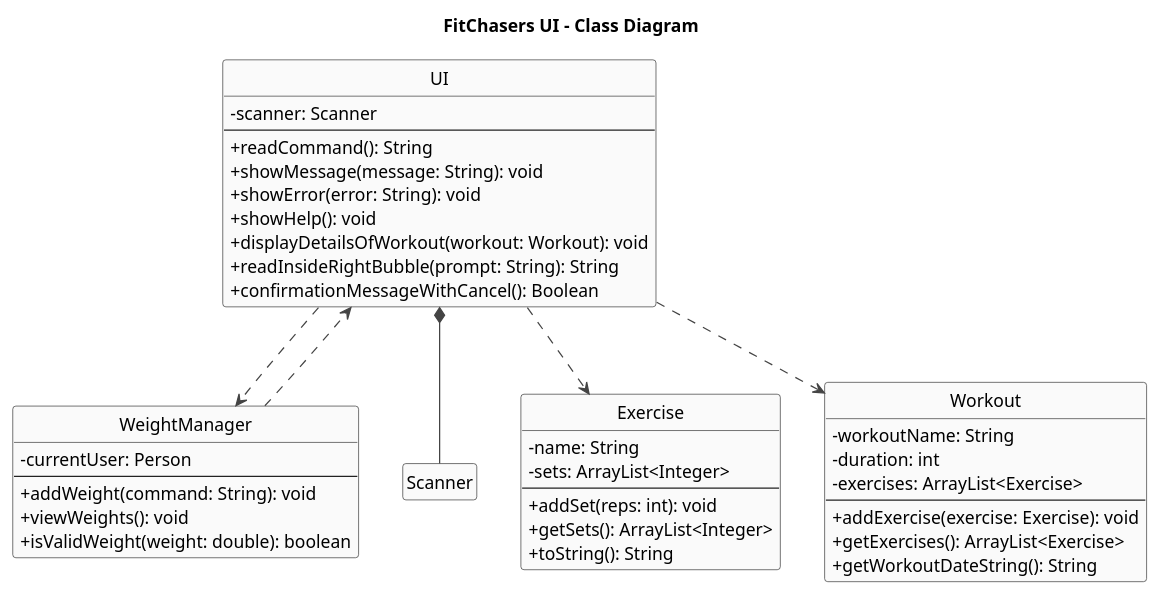
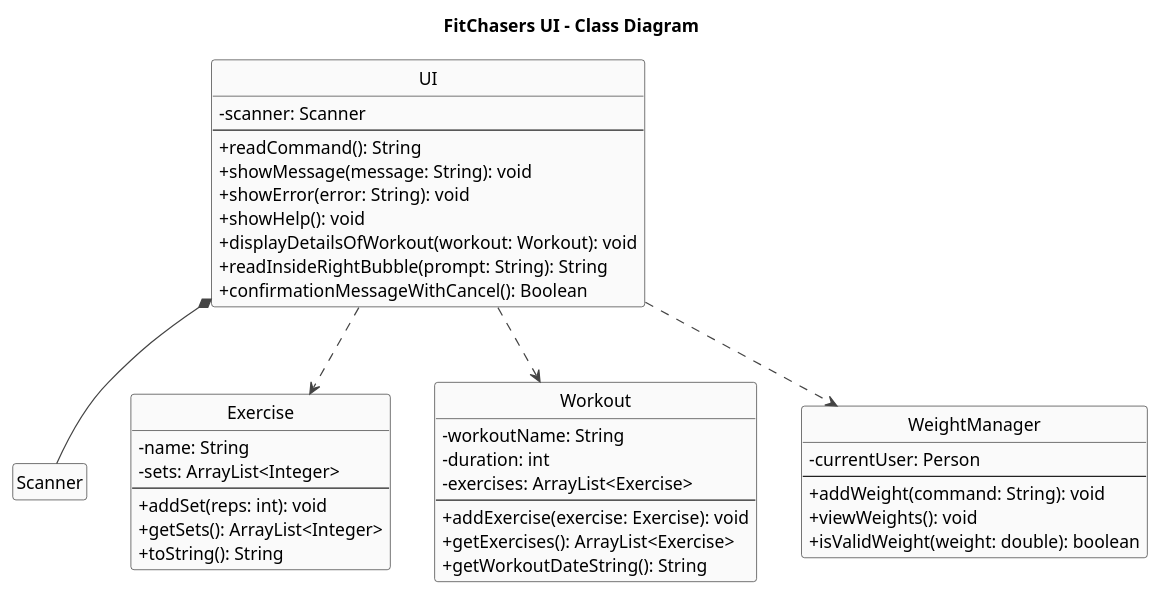
Before and after one commit to Exceptional-Khoi/tp: the diagram in docs/diagrams/UI_class_diagram.puml, drawn with PlantUML. The commit also changed 1 other file, not shown here.

Commit message:
Add object diagram

```diff
--- a/docs/diagrams/UI_class_diagram.puml
+++ b/docs/diagrams/UI_class_diagram.puml
@@ -1,67 +1,65 @@
 @startuml
 title FitChasers UI - Class Diagram
 
 skinparam shadowing false
 skinparam classAttributeIconSize 0
 skinparam ArrowColor #444
 skinparam ClassBorderColor #222
 skinparam ClassBackgroundColor #FAFAFA
 skinparam NoteBackgroundColor #fff
 skinparam NoteBorderColor #aaa
 skinparam stereotypeFontStyle bold
 hide empty fields
 hide empty methods
 hide circle
 
 ' ===== Types used by UI =====
 class Scanner
 
 class Exercise {
 - name: String
 - sets: ArrayList<Integer>
 --
 + addSet(reps: int): void
 + getSets(): ArrayList<Integer>
 + toString(): String
 }
 
 class Workout {
 - workoutName: String
 - duration: int
 - exercises: ArrayList<Exercise>
 --
 + addExercise(exercise: Exercise): void
 + getExercises(): ArrayList<Exercise>
 + getWorkoutDateString(): String
 }
 
 
 class WeightManager {
 - currentUser: Person
 --
 + addWeight(command: String): void
 + viewWeights(): void
 + isValidWeight(weight: double): boolean
 }
 
 ' ===== UI class (trimmed to essentials) =====
 class UI {
   - scanner: Scanner
   --
   + readCommand(): String
   + showMessage(message: String): void
   + showError(error: String): void
   + showHelp(): void
   + displayDetailsOfWorkout(workout: Workout): void
   + readInsideRightBubble(prompt: String): String
   + confirmationMessageWithCancel(): Boolean
 }
 
 ' ===== Relationships =====
 UI *-- Scanner
 UI ..> Workout
 UI ..> Exercise
 UI ..> WeightManager
-
-WeightManager ..> UI
 @enduml
```
